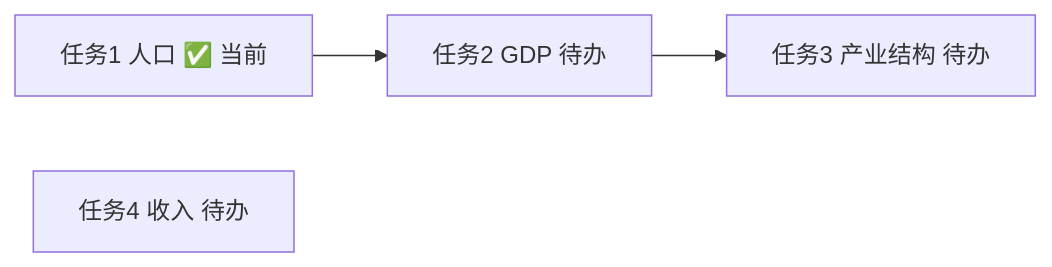
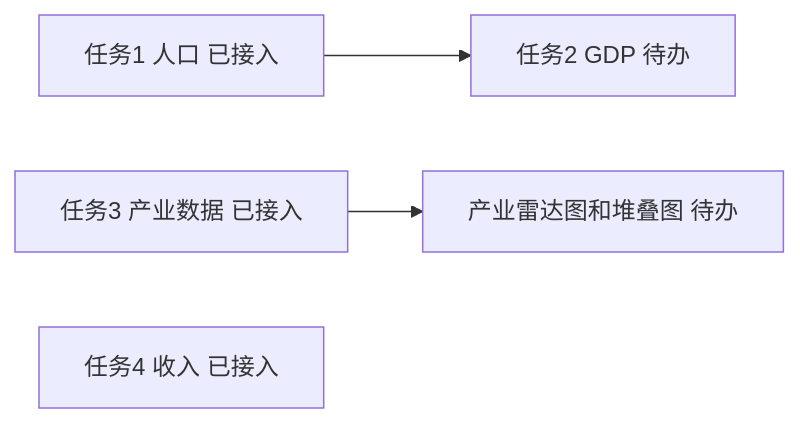
The first of 2 diagrams in docs/webgis_design_v0.2.md (RepentStar/zj-stats-map), drawn with Mermaid before and after one commit. The commit also changed other lines of this file and 13 other files, not shown here.

````diff
--- a/docs/webgis_design_v0.2.md
+++ b/docs/webgis_design_v0.2.md
@@ -23,6 +25,6 @@
 ```mermaid
 graph LR
-  T1[任务1 人口 ✅ 当前] --> T2[任务2 GDP 待办]
-  T2 --> T3[任务3 产业结构 待办]
-  T4[任务4 收入 待办]
+  T1[任务1 人口 已接入] --> T2[任务2 GDP 待办]
+  T3[任务3 产业数据 已接入] --> M4[产业雷达图和堆叠图 待办]
+  T4[任务4 收入 已接入]
 ```
````
